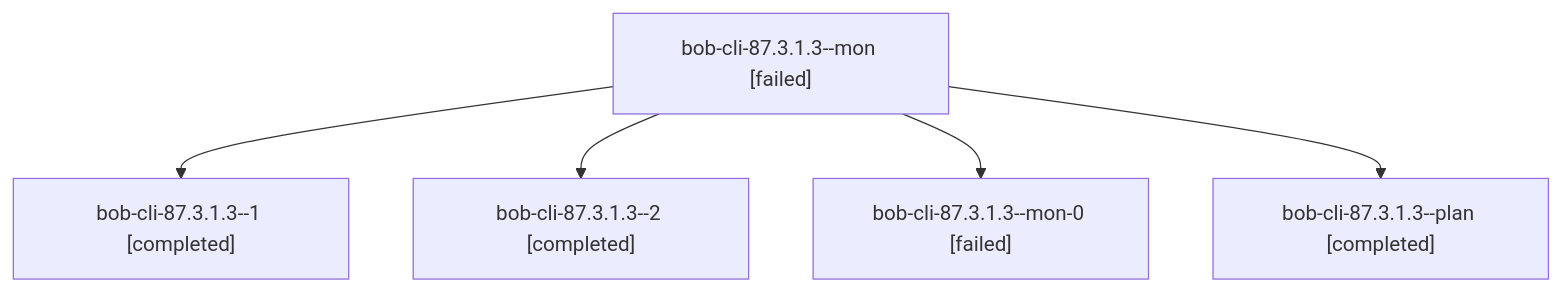
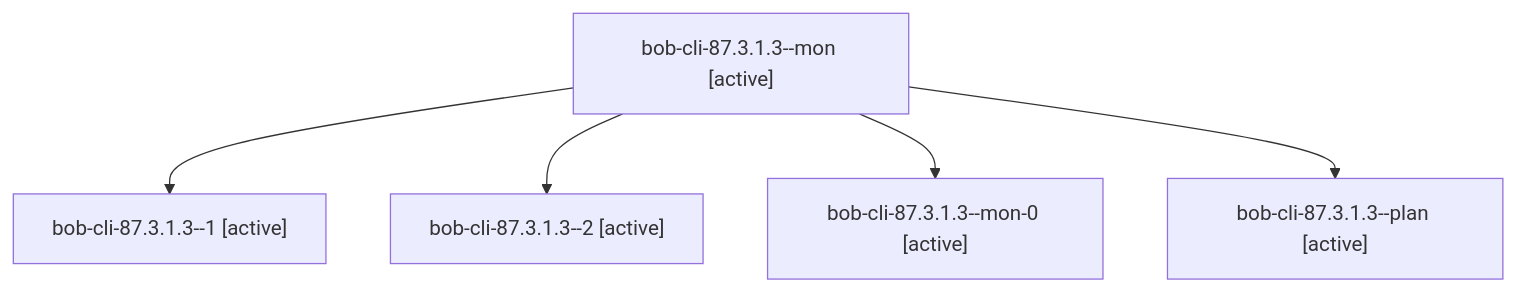
Before and after one commit to bobs-org/bob-cli--agents: the diagram in sessions/bbugyi200.athena.bob-cli-87.3.1.3.md, drawn with Mermaid. The commit also changed other lines of this file and 481 other files, not shown here.

````diff
--- a/sessions/bbugyi200.athena.bob-cli-87.3.1.3.md
+++ b/sessions/bbugyi200.athena.bob-cli-87.3.1.3.md
@@ -9,12 +9,12 @@
 ```mermaid
 flowchart TD
-  n0["bob-cli-87.3.1.3--mon [failed]"]
-  n1["bob-cli-87.3.1.3--1 [completed]"]
+  n0["bob-cli-87.3.1.3--mon [active]"]
+  n1["bob-cli-87.3.1.3--1 [active]"]
   n0 --> n1
-  n2["bob-cli-87.3.1.3--2 [completed]"]
+  n2["bob-cli-87.3.1.3--2 [active]"]
   n0 --> n2
-  n3["bob-cli-87.3.1.3--mon-0 [failed]"]
+  n3["bob-cli-87.3.1.3--mon-0 [active]"]
   n0 --> n3
-  n4["bob-cli-87.3.1.3--plan [completed]"]
+  n4["bob-cli-87.3.1.3--plan [active]"]
   n0 --> n4
 ```
````
